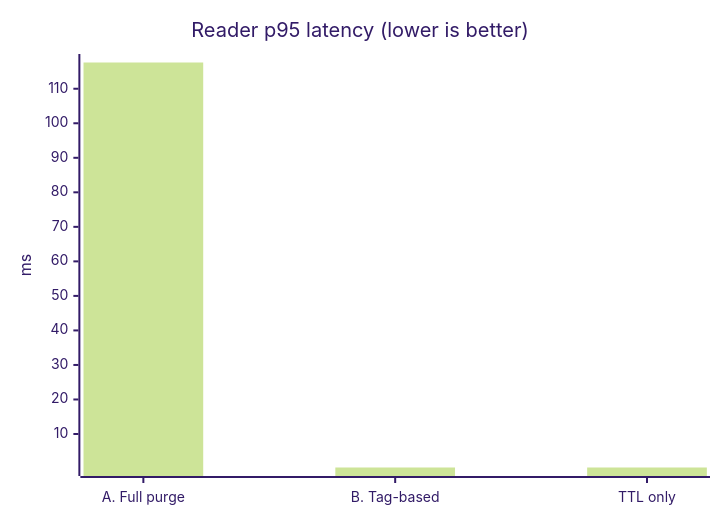
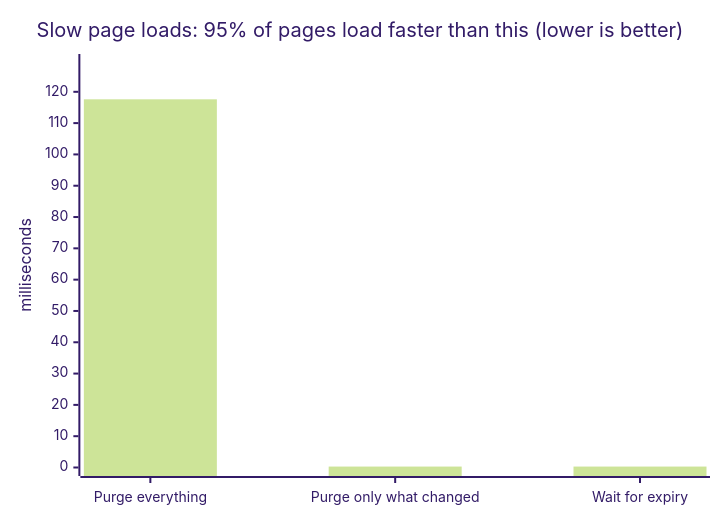
One commit to thamine-alaeddine/invalidate-less changed the sixth of 8 diagrams in README.md. Above: the diagram before and after it, drawn with Mermaid (forest theme). The commit also changed other lines of this file and 1 other file, not shown here.

Commit message:
docs: use plain-language labels and zero-based axes in result charts

````diff
--- a/README.md
+++ b/README.md
@@ -355,7 +357,7 @@
 ```mermaid
 xychart-beta
-    title "Reader p95 latency (lower is better)"
-    x-axis ["A. Full purge", "B. Tag-based", "TTL only"]
-    y-axis "ms"
+    title "Slow page loads: 95% of pages load faster than this (lower is better)"
+    x-axis ["Purge everything", "Purge only what changed", "Wait for expiry"]
+    y-axis "milliseconds" 0 --> 129.36
     bar [117.6, 0.3, 0.3]
 ```
````
